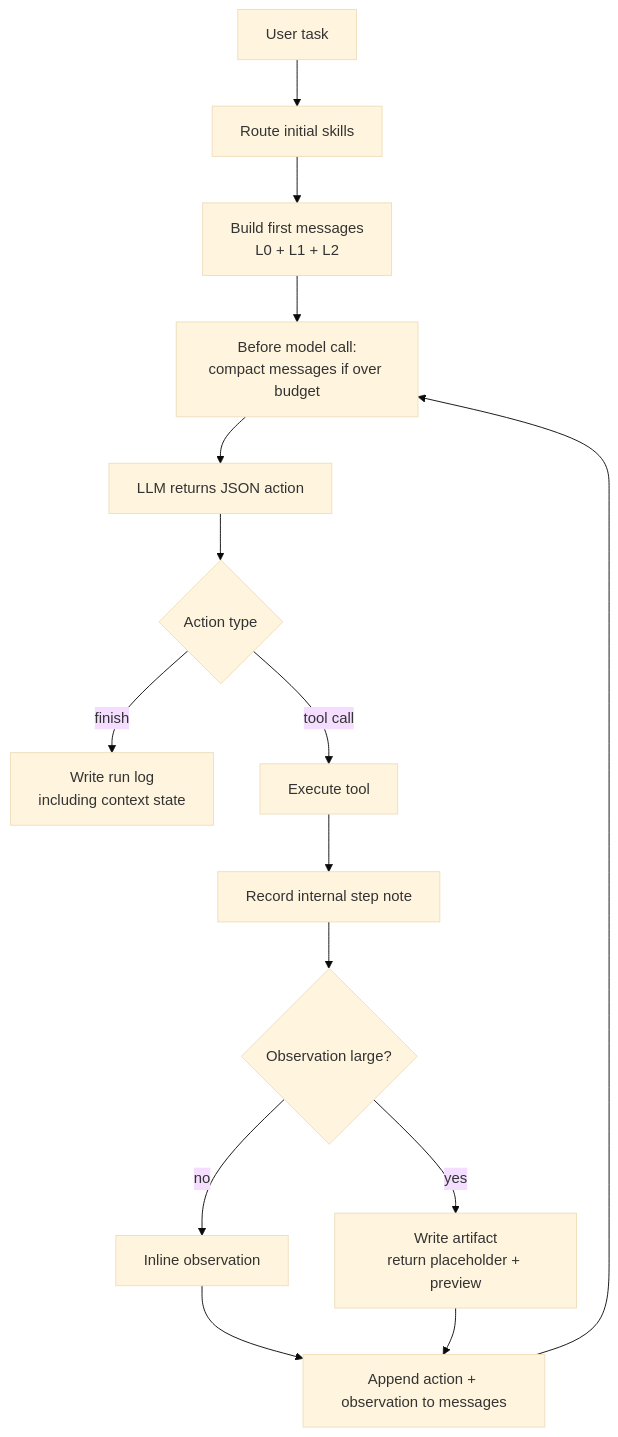
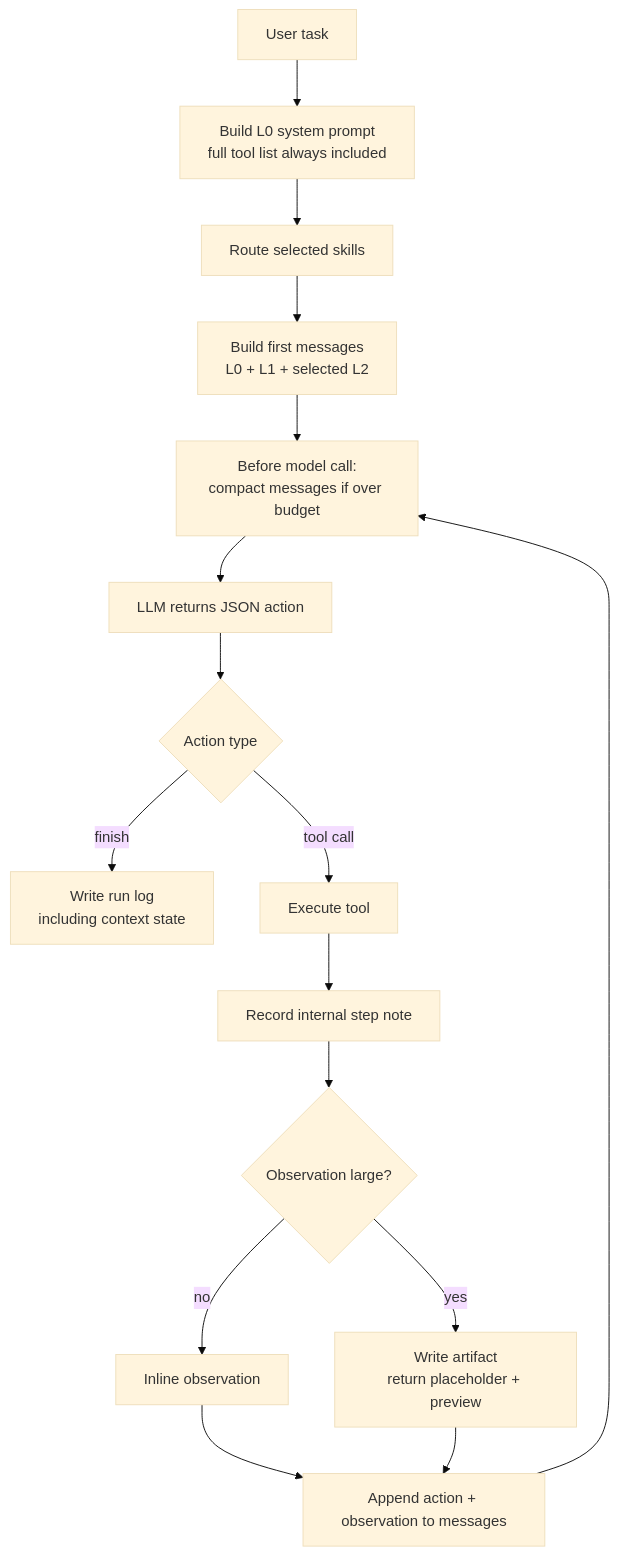
Before and after one commit to Cachuela11/MiniCode: the seventh of 10 diagrams in README.md, drawn with Mermaid (base theme). The commit also changed other lines of this file, not shown here.

````diff
--- a/README.md
+++ b/README.md
@@ -291,17 +297,18 @@
 ```mermaid
 flowchart TD
-    A[User task] --> B[Route initial skills]
-    B --> C[Build first messages<br/>L0 + L1 + L2]
-    C --> D[Before model call:<br/>compact messages if over budget]
-    D --> E[LLM returns JSON action]
-    E --> F{Action type}
-    F -->|finish| G[Write run log<br/>including context state]
-    F -->|tool call| H[Execute tool]
-    H --> I[Record internal step note]
-    I --> J{Observation large?}
-    J -->|no| K[Inline observation]
-    J -->|yes| L[Write artifact<br/>return placeholder + preview]
-    K --> M[Append action + observation to messages]
-    L --> M
-    M --> D
+    A[User task] --> B[Build L0 system prompt<br/>full tool list always included]
+    B --> C[Route selected skills]
+    C --> D[Build first messages<br/>L0 + L1 + selected L2]
+    D --> E[Before model call:<br/>compact messages if over budget]
+    E --> F[LLM returns JSON action]
+    F --> G{Action type}
+    G -->|finish| H[Write run log<br/>including context state]
+    G -->|tool call| I[Execute tool]
+    I --> J[Record internal step note]
+    J --> K{Observation large?}
+    K -->|no| L[Inline observation]
+    K -->|yes| M[Write artifact<br/>return placeholder + preview]
+    L --> N[Append action + observation to messages]
+    M --> N
+    N --> E
 ```
````
